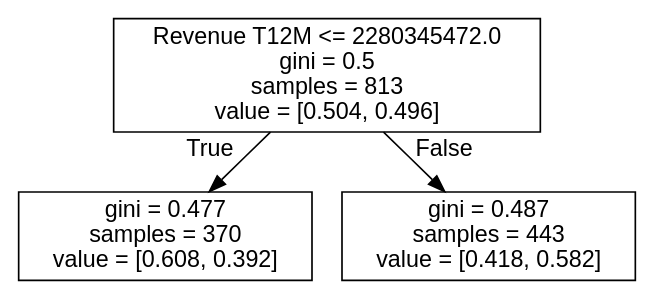
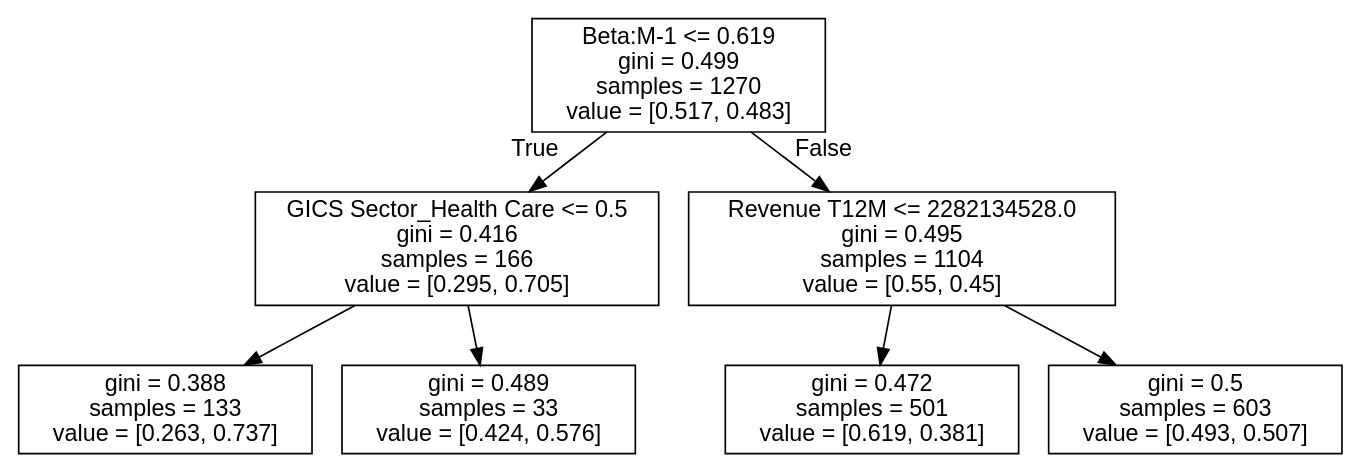
One commit to luca1308/Investigating_periods_of_increasing_interest_rates_for_the_S-P_1500 changed the diagram in trees/current_test_tree.dot. Above: the diagram before and after it, drawn with Graphviz. The commit also changed 565 other files, not shown here.

```diff
--- a/trees/current_test_tree.dot
+++ b/trees/current_test_tree.dot
@@ -1,9 +1,17 @@
 digraph Tree {
 node [shape=box, style="filled", color="black", fontname="helvetica"] ;
 edge [fontname="helvetica"] ;
-0 [label="Revenue T12M <= 2280345472.0\ngini = 0.5\nsamples = 813\nvalue = [0.504, 0.496]", fillcolor="#ffffff"] ;
-1 [label="gini = 0.477\nsamples = 370\nvalue = [0.608, 0.392]", fillcolor="#ffffff"] ;
+0 [label="Beta:M-1 <= 0.619\ngini = 0.499\nsamples = 1270\nvalue = [0.517, 0.483]", fillcolor="#ffffff"] ;
+1 [label="GICS Sector_Health Care <= 0.5\ngini = 0.416\nsamples = 166\nvalue = [0.295, 0.705]", fillcolor="#ffffff"] ;
 0 -> 1 [labeldistance=2.5, labelangle=45, headlabel="True"] ;
-2 [label="gini = 0.487\nsamples = 443\nvalue = [0.418, 0.582]", fillcolor="#ffffff"] ;
+5 [label="gini = 0.388\nsamples = 133\nvalue = [0.263, 0.737]", fillcolor="#feffff"] ;
+1 -> 5 ;
+6 [label="gini = 0.489\nsamples = 33\nvalue = [0.424, 0.576]", fillcolor="#feffff"] ;
+1 -> 6 ;
+2 [label="Revenue T12M <= 2282134528.0\ngini = 0.495\nsamples = 1104\nvalue = [0.55, 0.45]", fillcolor="#ffffff"] ;
 0 -> 2 [labeldistance=2.5, labelangle=-45, headlabel="False"] ;
+3 [label="gini = 0.472\nsamples = 501\nvalue = [0.619, 0.381]", fillcolor="#ffffff"] ;
+2 -> 3 ;
+4 [label="gini = 0.5\nsamples = 603\nvalue = [0.493, 0.507]", fillcolor="#ffffff"] ;
+2 -> 4 ;
 }
```
